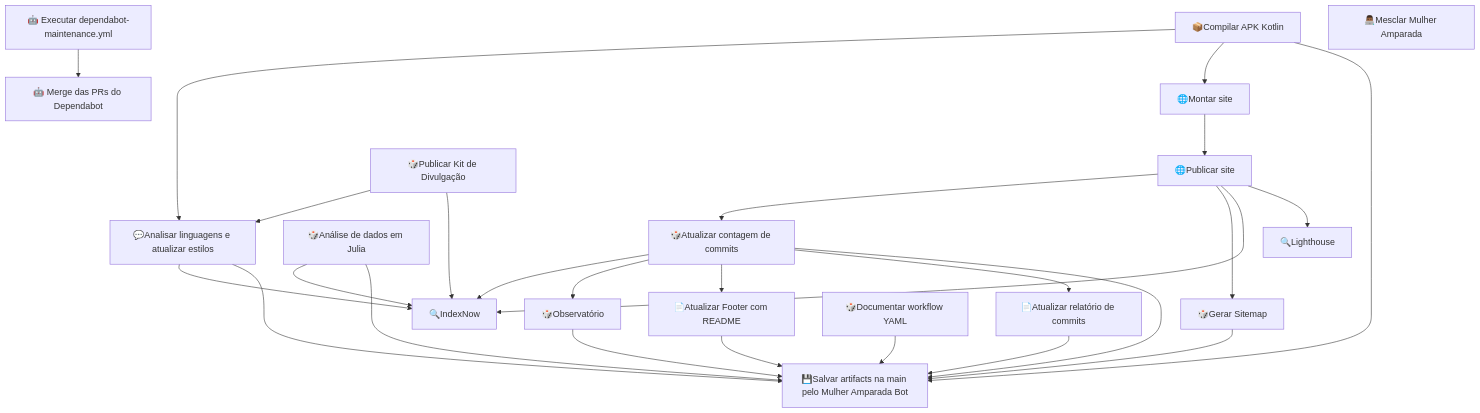
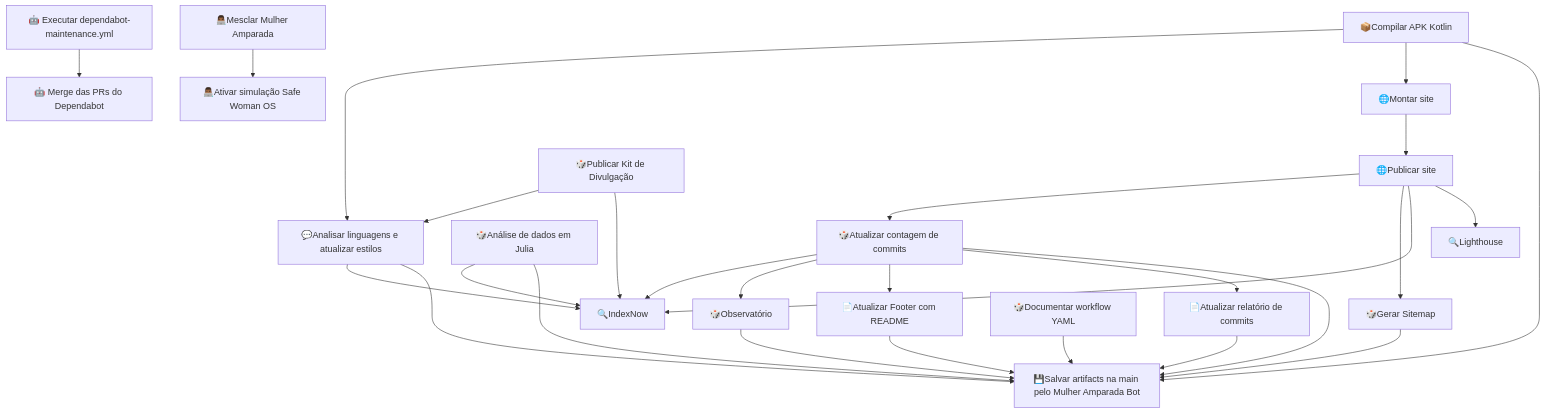
Before and after one commit to mulher-amparada/mulher-amparada-app: the diagram in pesquisas/workflow.md, drawn with Mermaid. The commit also changed other lines of this file and 7 other files, not shown here.

````diff
--- a/pesquisas/workflow.md
+++ b/pesquisas/workflow.md
@@ -35,46 +36,48 @@
 ```mermaid
 flowchart TD
     job_build["📦Compilar APK Kotlin"]
     job_executar_dependabot_maintenance["🤖 Executar dependabot-maintenance.yml"]
     job_dependabot_merge["🤖 Merge das PRs do Dependabot"]
     job_linguagens["💬Analisar linguagens e atualizar estilos"]
     job_bot["🎲Análise de dados em Julia"]
     job_build_site["🌐Montar site"]
     job_deploy["🌐Publicar site"]
     job_atualizar_commits["🎲Atualizar contagem de commits"]
     job_sitemap["🎲Gerar Sitemap"]
     job_indexnow["🔍IndexNow"]
     job_lighthouse["🔍Lighthouse"]
     job_publicar_divulgacao["🎲Publicar Kit de Divulgação"]
     job_observatorio["🎲Observatório"]
     job_atualizar_footer["📄Atualizar Footer com README"]
     job_atualizar_relatorio_commits["📄Atualizar relatório de commits"]
     job_pesquisar_projeto["🎲Documentar workflow YAML"]
     job_salvar_na_main["💾Salvar artifacts na main pelo Mulher Amparada Bot"]
     job_mesclar_mulher_amparada["👨🏾‍💻Mesclar Mulher Amparada"]
+    job_ativar_safe_woman_os["👨🏾‍💻Ativar simulação Safe Woman OS"]
     job_executar_dependabot_maintenance --> job_dependabot_merge
     job_build --> job_linguagens
     job_publicar_divulgacao --> job_linguagens
     job_build --> job_build_site
     job_build_site --> job_deploy
     job_deploy --> job_atualizar_commits
     job_deploy --> job_sitemap
     job_deploy --> job_indexnow
     job_bot --> job_indexnow
     job_linguagens --> job_indexnow
     job_publicar_divulgacao --> job_indexnow
     job_atualizar_commits --> job_indexnow
     job_deploy --> job_lighthouse
     job_atualizar_commits --> job_observatorio
     job_atualizar_commits --> job_atualizar_footer
     job_atualizar_commits --> job_atualizar_relatorio_commits
     job_build --> job_salvar_na_main
     job_linguagens --> job_salvar_na_main
     job_bot --> job_salvar_na_main
     job_atualizar_commits --> job_salvar_na_main
     job_sitemap --> job_salvar_na_main
     job_atualizar_footer --> job_salvar_na_main
     job_atualizar_relatorio_commits --> job_salvar_na_main
     job_pesquisar_projeto --> job_salvar_na_main
     job_observatorio --> job_salvar_na_main
+    job_mesclar_mulher_amparada --> job_ativar_safe_woman_os
 ```
````
